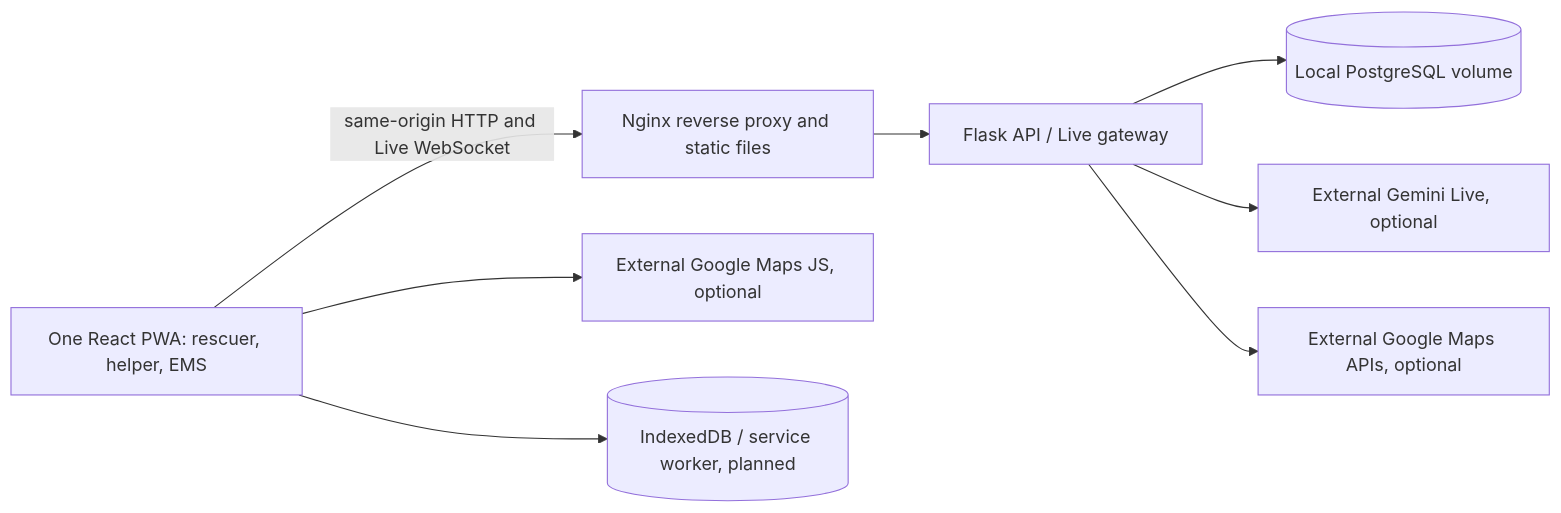
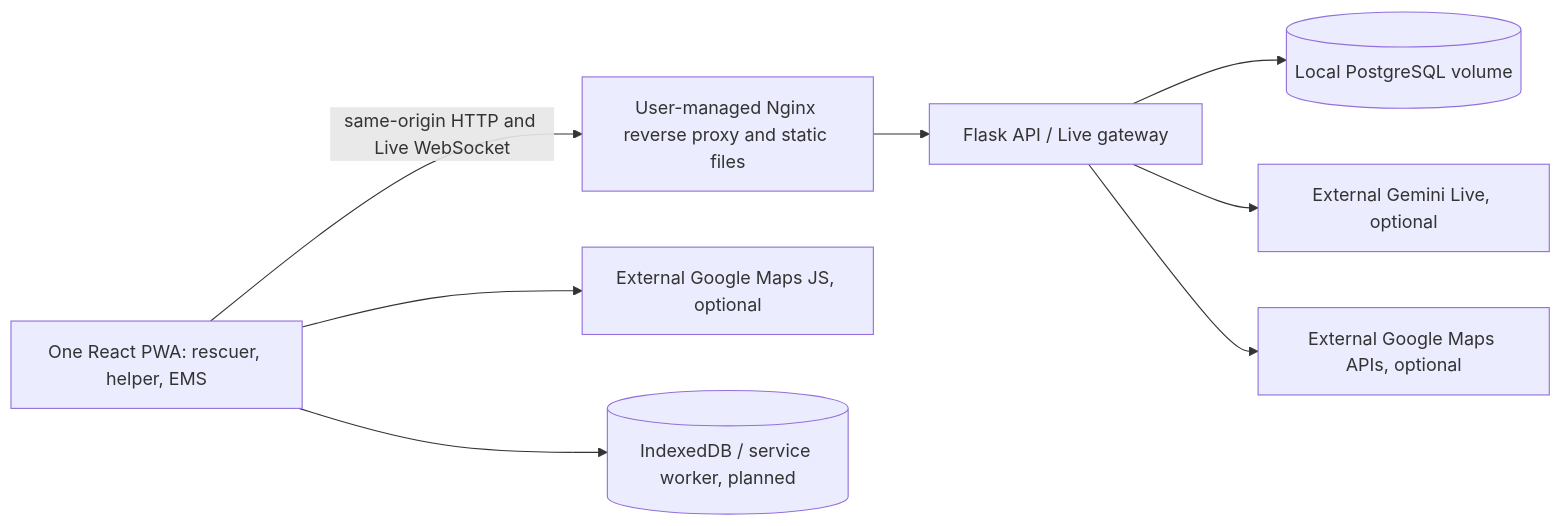
The first of 2 diagrams in docs/sdd.md (EricHuang0302/mchackathon), drawn with Mermaid before and after one commit. The commit also changed other lines of this file and 10 other files, not shown here.

````diff
--- a/docs/sdd.md
+++ b/docs/sdd.md
@@ -38,10 +38,10 @@
 ```mermaid
 flowchart LR
-    Browser[One React PWA: rescuer, helper, EMS] -->|same-origin HTTP and Live WebSocket| Nginx[Nginx reverse proxy and static files]
+    Browser[One React PWA: rescuer, helper, EMS] -->|same-origin HTTP and Live WebSocket| Nginx[User-managed Nginx reverse proxy and static files]
     Nginx --> API[Flask API / Live gateway]
     API --> DB[(Local PostgreSQL volume)]
     API --> Gemini[External Gemini Live, optional]
     API --> MapsAPI[External Google Maps APIs, optional]
     Browser --> MapsUI[External Google Maps JS, optional]
     Browser --> Local[(IndexedDB / service worker, planned)]
 ```
````
